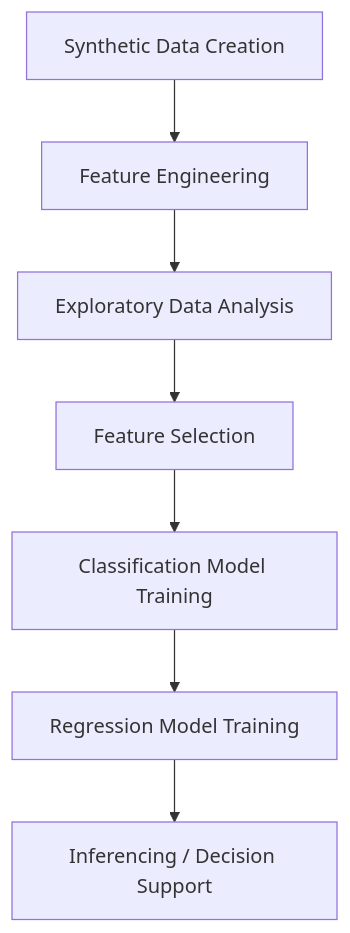
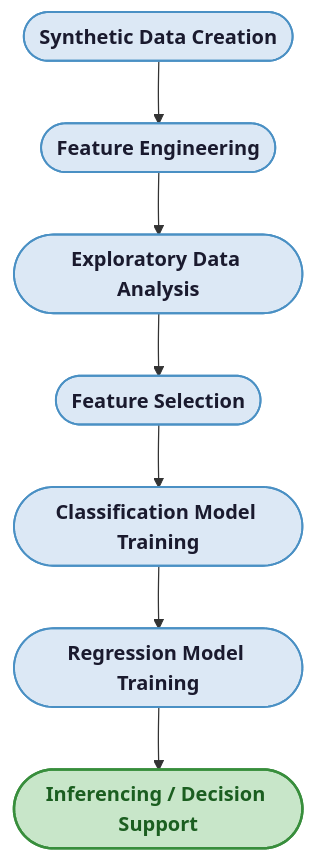
The diagram in README.md (kylavaloria/pharmacy-inventory), drawn with Mermaid before and after one commit. The commit also changed other lines of this file, not shown here.

````diff
--- a/README.md
+++ b/README.md
@@ -88,9 +111,13 @@
 ```mermaid
 flowchart TD
-    A[Synthetic Data Creation] --> B[Feature Engineering]
-    B --> C[Exploratory Data Analysis]
-    C --> D[Feature Selection]
-    D --> E[Classification Model Training]
-    E --> F[Regression Model Training]
-    F --> G[Inferencing / Decision Support]
+    A(["`**Synthetic Data Creation**`"]):::step --> B
+    B(["`**Feature Engineering**`"]):::step --> C
+    C(["`**Exploratory Data Analysis**`"]):::step --> D
+    D(["`**Feature Selection**`"]):::step --> E
+    E(["`**Classification Model Training**`"]):::step --> F
+    F(["`**Regression Model Training**`"]):::step --> G
+    G(["`**Inferencing / Decision Support**`"]):::final
+ 
+    classDef step fill:#dce8f5,stroke:#4a90c4,stroke-width:1.5px,color:#1a1a2e,rx:6
+    classDef final fill:#c8e6c9,stroke:#388e3c,stroke-width:2px,color:#1b5e20,rx:6
 ```
````
